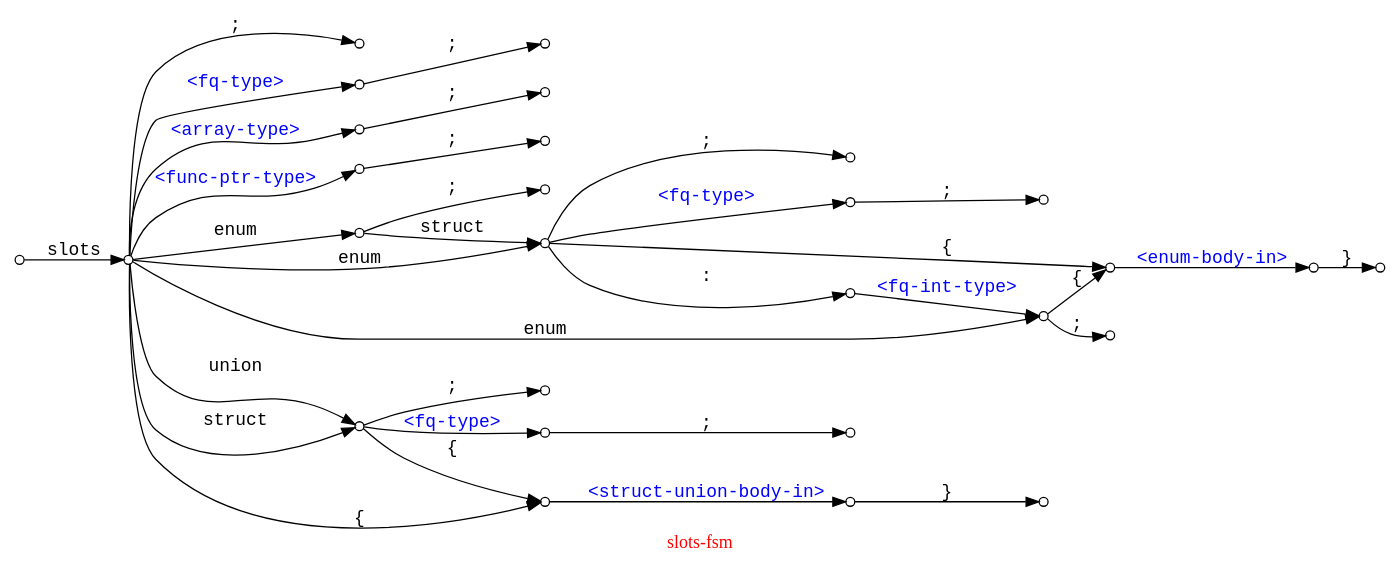
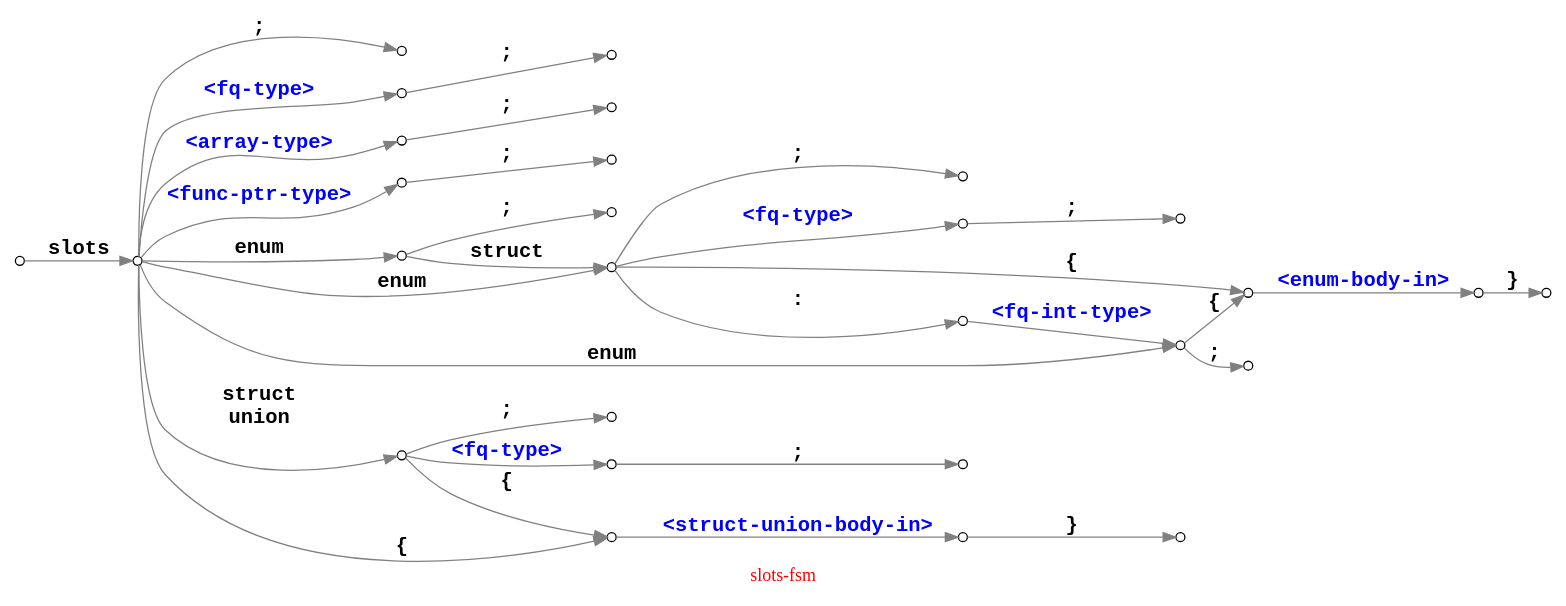
One commit to Ayyzee/dakota changed the diagram in slots-fsm.dot. Above: the diagram before and after it, drawn with Graphviz.

Commit message:
Minor changes to make graph easier to read.

```diff
--- a/slots-fsm.dot
+++ b/slots-fsm.dot
@@ -1,71 +1,72 @@
 // -*- mode: c++ -*-
 
 // slots                  ;
 // slots               <> ;
 // slots                  { ... }
 
 // slots struct           ;
 // slots struct        <> ;
 // slots struct           { ... }
 
 // slots union            ;
 // slots union         <> ;
 // slots union            { ... }
 
 // slots enum             ;
 // slots enum          <> ;
 // slots enum             { ... }
+//
 // slots enum        : <> ;
 // slots enum        : <> { ... }
 
 // slots enum struct      ;
 // slots enum struct   <> ;
 // slots enum struct      { ... }
+//
 // slots enum struct : <> ;
 // slots enum struct : <> { ... }
 
 // slots <array-type>     ;
 // slots <func-ptr-type>  ;
 
 digraph "slots-fsm" {
   graph [ rankdir = LR, label = "\G", fontcolor = red ];
-  edge [ fontname = "courier" ];
+  edge [ fontsize = 16, fontname = "courier-bold", color = grey ];
   node [ shape = circle, fontsize = 12, width = 0.3, fixedsize = true ];
   node [ label = "", width = 0.1 ];
 
   000 -> 010 [ label = "slots" ];
 
   010 -> 015 [ label = ";" ];
   010 -> 140 [ label = "<fq-type>", fontcolor = blue ];
   010 -> 141 [ label = "<array-type>", fontcolor = blue ];
   010 -> 142 [ label = "<func-ptr-type>", fontcolor = blue ];
   140 -> 145 [ label = ";" ];
   141 -> 146 [ label = ";" ];
   142 -> 147 [ label = ";" ];
 
   010 -> 020 [ label = "enum" ];
   010 -> 030 [ label = "enum" ];
   010 -> 050 [ label = "enum" ];
   020 -> 030 [ label = "struct" ];
   020 -> 025 [ label = ";" ];
   030 -> 040 [ label = ":" ];
   030 -> 035 [ label = ";" ];
   030 -> 170 [ label = "<fq-type>", fontcolor = blue ];
   170 -> 180 [ label = ";" ];
   030 -> 060 [ label = "{" ];
   040 -> 050 [ label = "<fq-int-type>", fontcolor = blue ];
   050 -> 060 [ label = "{" ];
   050 -> 055 [ label = ";" ];
   060 -> 070 [ label = "<enum-body-in>", fontcolor = blue ];
   070 -> 080 [ label = "}" ];
 
-  010 -> 100 [ label = "union" ];
-  010 -> 100 [ label = "struct" ];
+  010 -> 100 [ label = "struct\nunion" ];
   010 -> 110 [ label = "{" ];
   100 -> 110 [ label = "{" ];
   100 -> 105 [ label = ";" ];
   100 -> 150 [ label = "<fq-type>", fontcolor = blue ];
   150 -> 160 [ label = ";" ];
   110 -> 120 [ label = "<struct-union-body-in>", fontcolor = blue ];
   120 -> 130 [ label = "}" ];
 }
```
